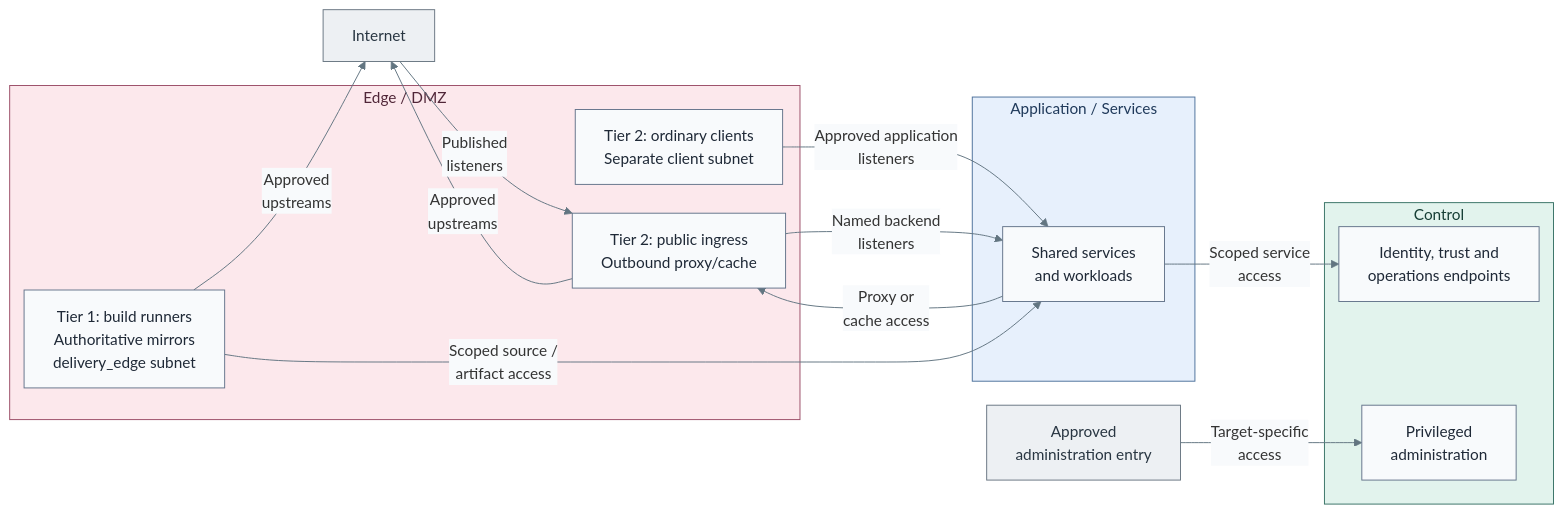
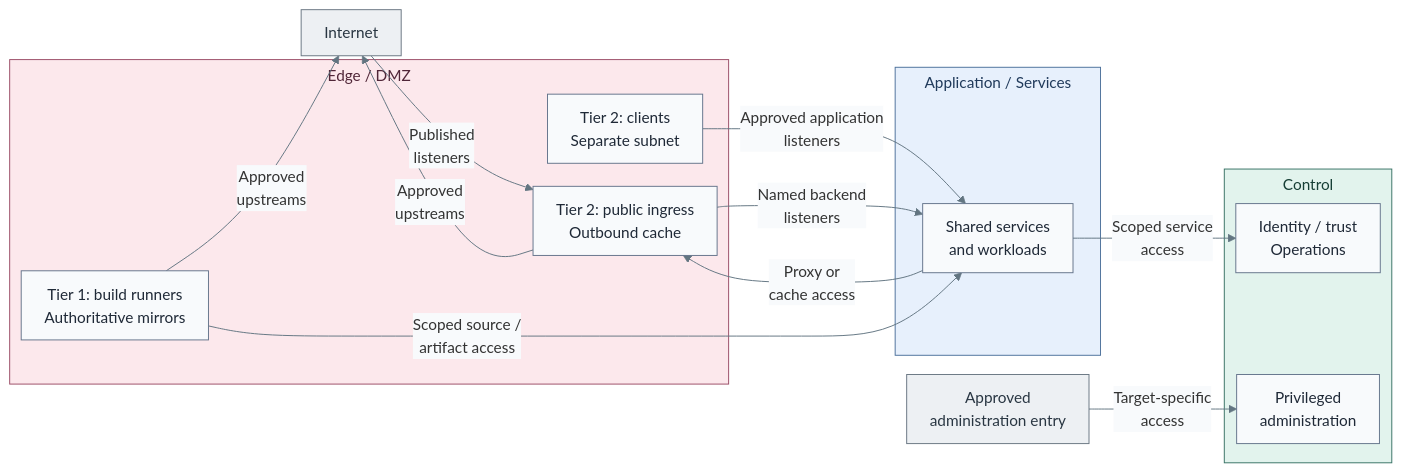
Before and after one commit to Rexus/homelab: the diagram in docs/architecture/networking/README.md, drawn with Mermaid. The commit also changed 60 other files, not shown here.

Commit message:
docs(diagrams): align architecture and deployment views with IaC

````diff
--- a/docs/architecture/networking/README.md
+++ b/docs/architecture/networking/README.md
@@ -33,36 +33,36 @@
 ```mermaid
-%%{init: {"theme":"base","flowchart":{"nodeSpacing":30,"rankSpacing":30},"themeVariables":{"lineColor":"#627581","edgeLabelBackground":"#f8fafc"}}}%%
+%%{init: {"theme":"base","flowchart":{"nodeSpacing":20,"rankSpacing":24,"padding":12,"subGraphTitleMargin":{"top":4,"bottom":12}},"themeVariables":{"lineColor":"#627581","edgeLabelBackground":"#f8fafc"}}}%%
 flowchart LR
   Internet["Internet"]
   AdminEntry["Approved<br/>administration entry"]
   subgraph Edge["Edge / DMZ"]
-    Clients["Tier 2: ordinary clients<br/>Separate client subnet"]
-    Gateways["Tier 2: public ingress<br/>Outbound proxy/cache"]
-    Supply["Tier 1: build runners<br/>Authoritative mirrors<br/>delivery_edge subnet"]
+    Clients["Tier 2: clients<br/>Separate subnet"]
+    Gateways["Tier 2: public ingress<br/>Outbound cache"]
+    Supply["Tier 1: build runners<br/>Authoritative mirrors"]
   end
   subgraph Application["Application / Services"]
     Services["Shared services<br/>and workloads"]
   end
   subgraph Control["Control"]
-    Endpoints["Identity, trust and<br/>operations endpoints"]
+    Endpoints["Identity / trust<br/>Operations"]
     Administration["Privileged<br/>administration"]
   end
   Internet -->|Published<br/>listeners| Gateways
   Gateways -->|Named backend<br/>listeners| Services
   Clients -->|Approved application<br/>listeners| Services
   Services -->|Scoped service<br/>access| Endpoints
   Services -->|Proxy or<br/>cache access| Gateways
   Gateways -->|Approved<br/>upstreams| Internet
   Supply -->|Approved<br/>upstreams| Internet
   Supply -->|Scoped source /<br/>artifact access| Services
   AdminEntry -->|Target-specific<br/>access| Administration
   classDef default fill:#f8fafc,stroke:#64748b,color:#1f2937
   classDef actor fill:#edf0f3,stroke:#697682,color:#293642
   classDef edge fill:#fce8ec,stroke:#9b4d67,color:#502638
   classDef services fill:#e7f0fc,stroke:#4d719b,color:#203a5b
   classDef control fill:#e2f3ed,stroke:#397366,color:#173f36
   class Internet,AdminEntry actor
   class Edge edge
   class Application services
   class Control control
 ```
````
